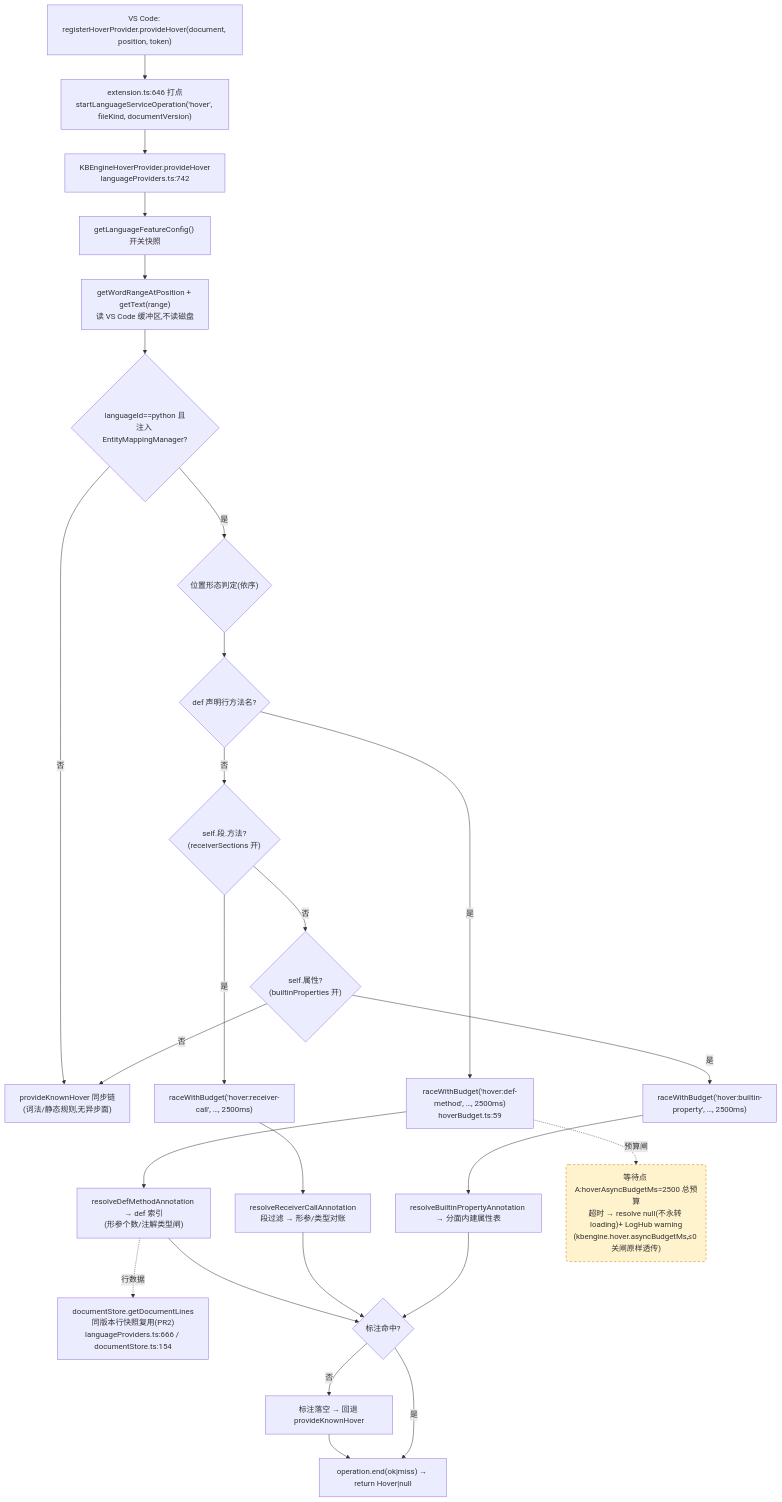
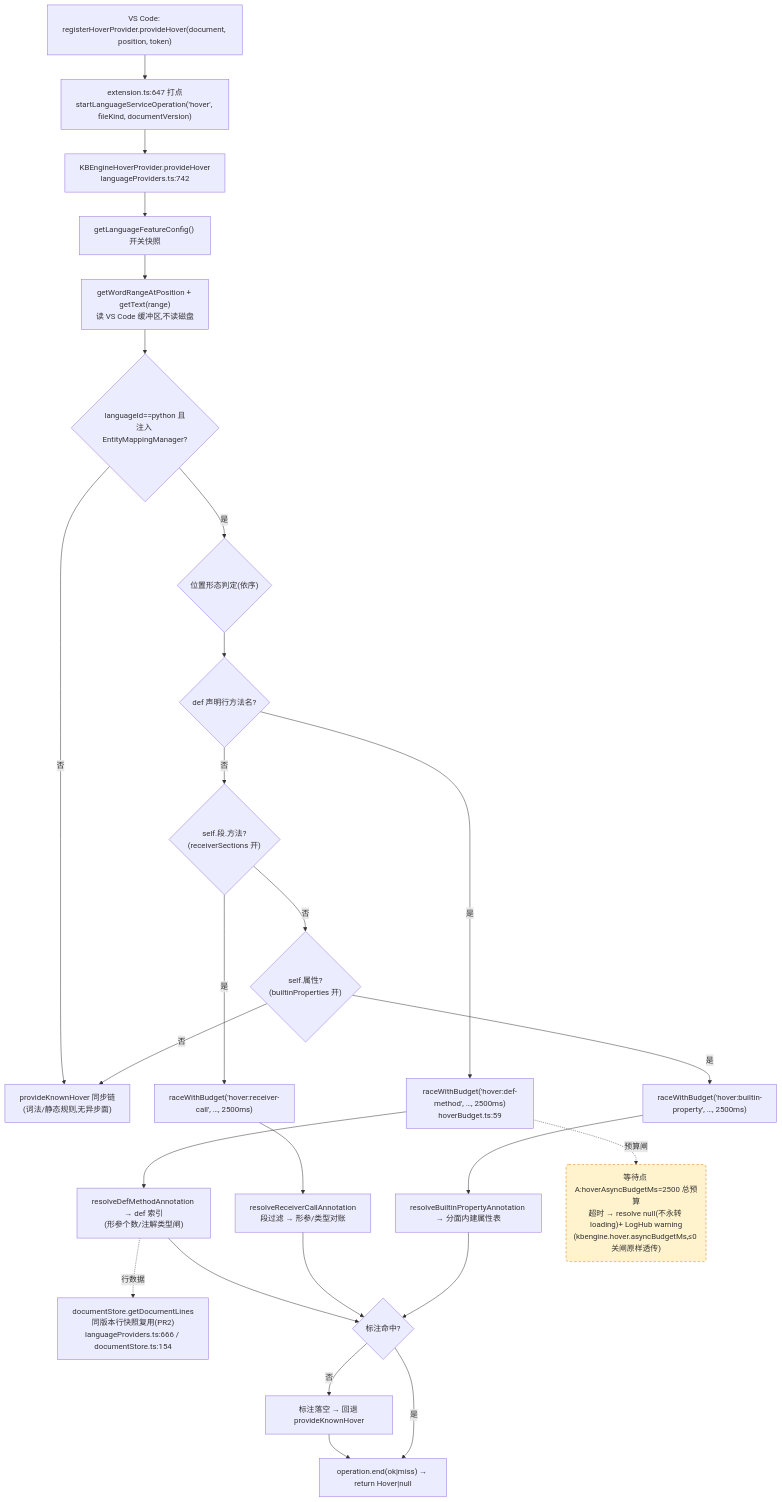
One commit to cuihairu/kode changed the first of 4 diagrams in docs/perf/2026-baseline.md. Above: the diagram before and after it, drawn with Mermaid. The commit also changed other lines of this file and 12 other files, not shown here.

````diff
--- a/docs/perf/2026-baseline.md
+++ b/docs/perf/2026-baseline.md
@@ -82,45 +82,45 @@
 ```mermaid
 flowchart TD
   VC1["VS Code: registerHoverProvider.provideHover(document, position, token)"]
-  M1["extension.ts:646 打点<br/>startLanguageServiceOperation('hover', fileKind, documentVersion)"]
+  M1["extension.ts:647 打点<br/>startLanguageServiceOperation('hover', fileKind, documentVersion)"]
   HP["KBEngineHoverProvider.provideHover<br/>languageProviders.ts:742"]
   CFG["getLanguageFeatureConfig() 开关快照"]
   WORD["getWordRangeAtPosition + getText(range)<br/>读 VS Code 缓冲区,不读磁盘"]
   BR{"languageId==python 且<br/>注入 EntityMappingManager?"}
   KN["provideKnownHover 同步链<br/>(词法/静态规则,无异步面)"]
   POS{"位置形态判定(依序)"}
   D1{"def 声明行方法名?"}
   D2{"self.段.方法?<br/>(receiverSections 开)"}
   D3{"self.属性?<br/>(builtinProperties 开)"}
   RA1["raceWithBudget('hover:def-method', …, 2500ms)<br/>hoverBudget.ts:59"]
   RA2["raceWithBudget('hover:receiver-call', …, 2500ms)"]
   RA3["raceWithBudget('hover:builtin-property', …, 2500ms)"]
   RS1["resolveDefMethodAnnotation → def 索引<br/>(形参个数/注解类型闸)"]
   RS2["resolveReceiverCallAnnotation<br/>段过滤 → 形参/类型对账"]
   RS3["resolveBuiltinPropertyAnnotation → 分面内建属性表"]
   LINES["documentStore.getDocumentLines<br/>同版本行快照复用(PR2)<br/>languageProviders.ts:666 / documentStore.ts:154"]
   MISS["标注落空 → 回退 provideKnownHover"]
   END1["operation.end(ok|miss) → return Hover|null"]
 
   VC1 --> M1 --> HP --> CFG --> WORD --> BR
   BR -- "否" --> KN
   BR -- "是" --> POS --> D1
   D1 -- "是" --> RA1 --> RS1
   D1 -- "否" --> D2
   D2 -- "是" --> RA2 --> RS2
   D2 -- "否" --> D3
   D3 -- "是" --> RA3 --> RS3
   D3 -- "否" --> KN
   RS1 --> HIT{"标注命中?"}
   RS2 --> HIT
   RS3 --> HIT
   RS1 -.->|行数据| LINES
   HIT -- "否" --> MISS --> END1
   HIT -- "是" --> END1
 
   WAITA("等待点 A:hoverAsyncBudgetMs=2500 总预算<br/>超时 → resolve null(不永转 loading)+ LogHub warning<br/>(kbengine.hover.asyncBudgetMs,≤0 关闸原样透传)")
   RA1 -.->|预算闸| WAITA
 
   classDef waitPoint fill:#fff3cd,stroke:#d97706,stroke-dasharray:5 4;
   class WAITA waitPoint;
 ```
````
